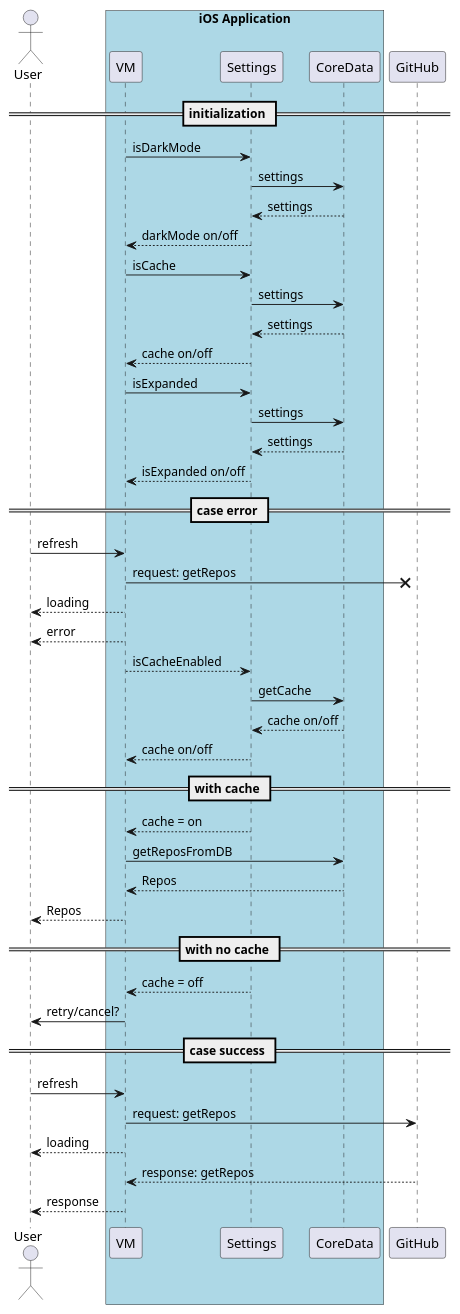
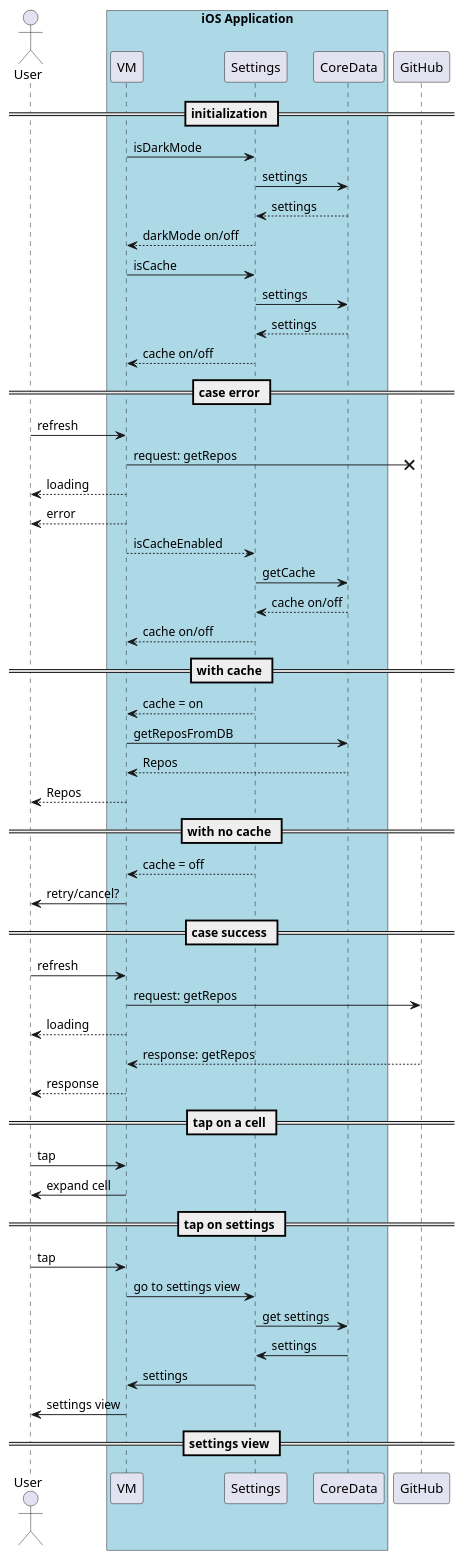
One commit to southfox/SwiftUIGitHubClient changed the third of 3 diagrams in README.md. Above: the diagram before and after it, drawn with PlantUML. The commit also changed other lines of this file, not shown here.

````diff
--- a/README.md
+++ b/README.md
@@ -126,51 +124,58 @@
 ```plantuml
 @startuml
 actor User
 box "iOS Application" #LightBlue
 participant VM
 participant Settings
 participant CoreData
 end box
 participant GitHub
 
 == initialization ==
 VM -> Settings: isDarkMode
 Settings -> CoreData: settings
 CoreData --> Settings: settings
 Settings --> VM: darkMode on/off
 
 VM -> Settings: isCache
 Settings -> CoreData: settings
 CoreData --> Settings: settings
 Settings --> VM: cache on/off
-
-VM -> Settings: isExpanded
-Settings -> CoreData: settings
-CoreData --> Settings: settings
-Settings --> VM: isExpanded on/off
 
 == case error ==
 User -> VM : refresh
 VM ->x GitHub : request: getRepos
 VM --> User: loading
 VM --> User: error
 VM --> Settings: isCacheEnabled
 Settings -> CoreData: getCache
 CoreData --> Settings: cache on/off
 Settings --> VM: cache on/off
 == with cache ==
 Settings --> VM: cache = on
 VM -> CoreData: getReposFromDB
 CoreData --> VM: Repos
 VM --> User: Repos
 == with no cache ==
 Settings --> VM: cache = off
 VM -> User: retry/cancel?
 == case success ==
 User -> VM : refresh
 VM -> GitHub : request: getRepos
 VM --> User: loading
 GitHub --> VM : response: getRepos
 VM --> User: response
+== tap on a cell ==
+User -> VM : tap
+VM -> User: expand cell
+== tap on settings ==
+User -> VM : tap
+VM -> Settings: go to settings view
+Settings -> CoreData: get settings
+CoreData -> Settings: settings
+Settings -> VM: settings
+VM -> User: settings view
+== settings view ==
+
 @enduml
 ```
````
